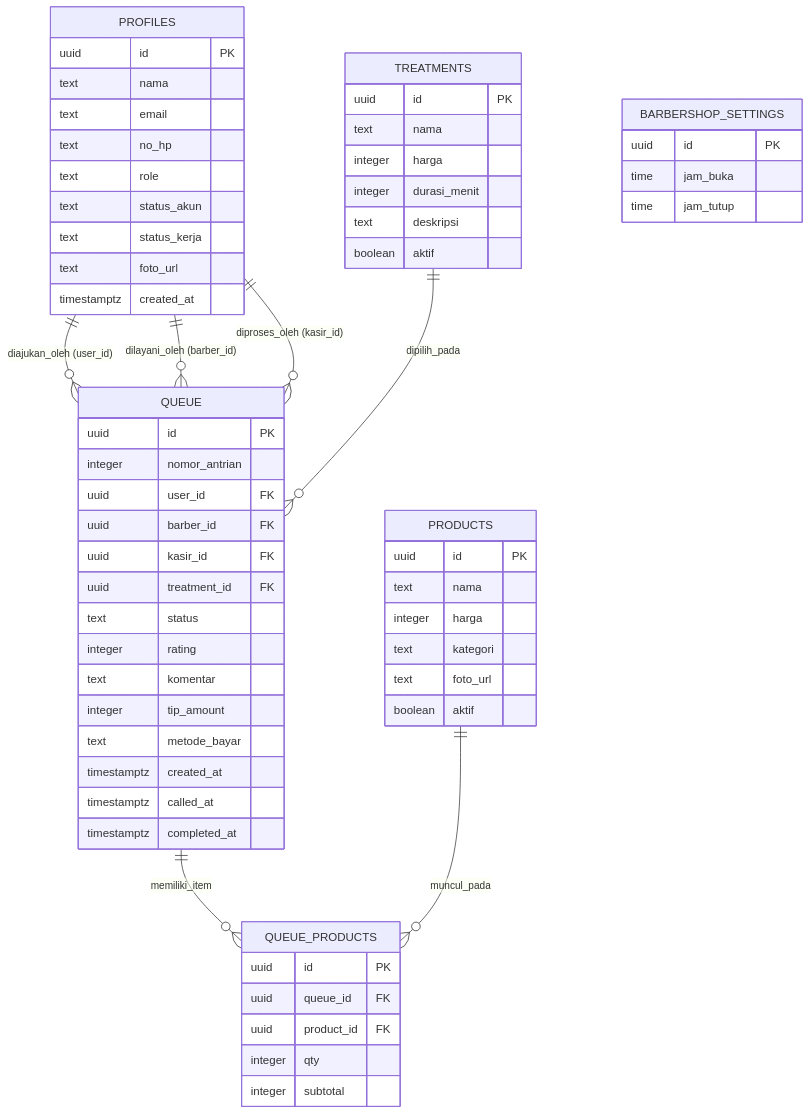
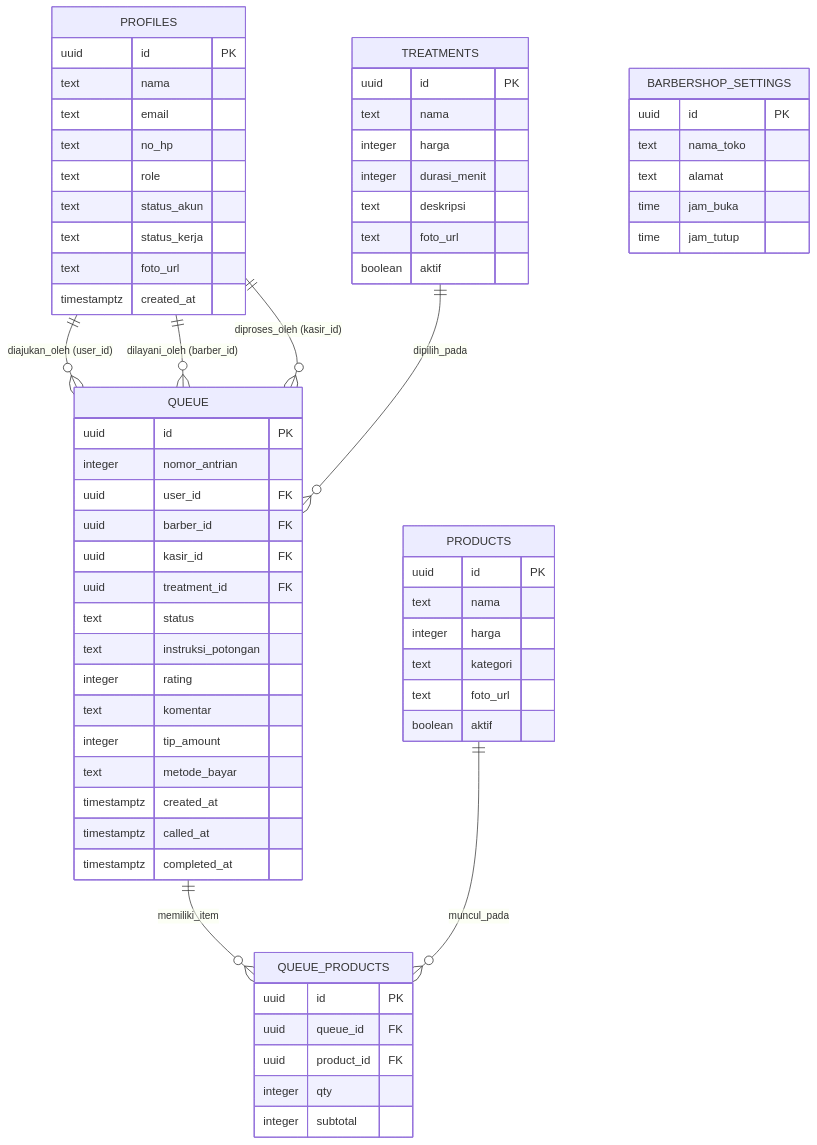
The second of 10 diagrams in docs/prd .md (ALVINfrs/BarberSys-Expo), drawn with Mermaid before and after one commit. The commit also changed other lines of this file and 6 other files, not shown here.

````diff
--- a/docs/prd .md
+++ b/docs/prd .md
@@ -177,65 +190,69 @@
 ```mermaid
 erDiagram
     PROFILES ||--o{ QUEUE : "diajukan_oleh (user_id)"
     PROFILES ||--o{ QUEUE : "dilayani_oleh (barber_id)"
     PROFILES ||--o{ QUEUE : "diproses_oleh (kasir_id)"
     TREATMENTS ||--o{ QUEUE : "dipilih_pada"
     QUEUE ||--o{ QUEUE_PRODUCTS : "memiliki_item"
     PRODUCTS ||--o{ QUEUE_PRODUCTS : "muncul_pada"
 
     PROFILES {
         uuid id PK
         text nama
         text email
         text no_hp
         text role
         text status_akun
         text status_kerja
         text foto_url
         timestamptz created_at
     }
     TREATMENTS {
         uuid id PK
         text nama
         integer harga
         integer durasi_menit
         text deskripsi
+        text foto_url
         boolean aktif
     }
     PRODUCTS {
         uuid id PK
         text nama
         integer harga
         text kategori
         text foto_url
         boolean aktif
     }
     QUEUE {
         uuid id PK
         integer nomor_antrian
         uuid user_id FK
         uuid barber_id FK
         uuid kasir_id FK
         uuid treatment_id FK
         text status
+        text instruksi_potongan
         integer rating
         text komentar
         integer tip_amount
         text metode_bayar
         timestamptz created_at
         timestamptz called_at
         timestamptz completed_at
     }
     QUEUE_PRODUCTS {
         uuid id PK
         uuid queue_id FK
         uuid product_id FK
         integer qty
         integer subtotal
     }
     BARBERSHOP_SETTINGS {
         uuid id PK
+        text nama_toko
+        text alamat
         time jam_buka
         time jam_tutup
     }
 ```
````
